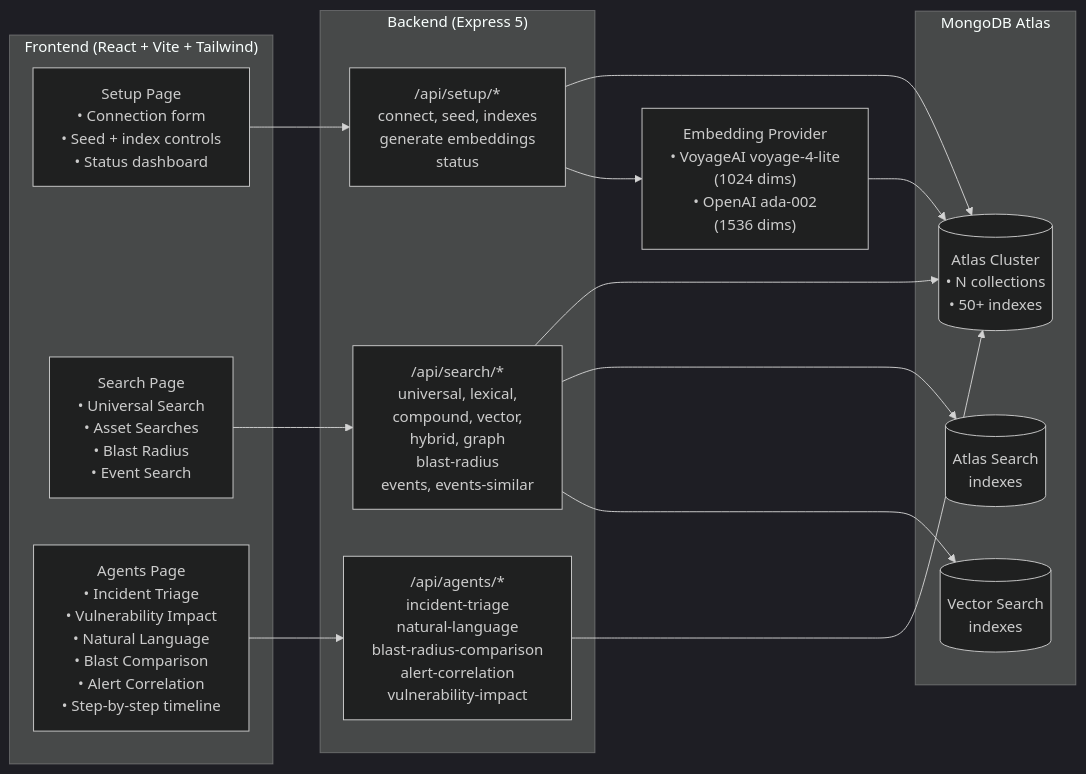
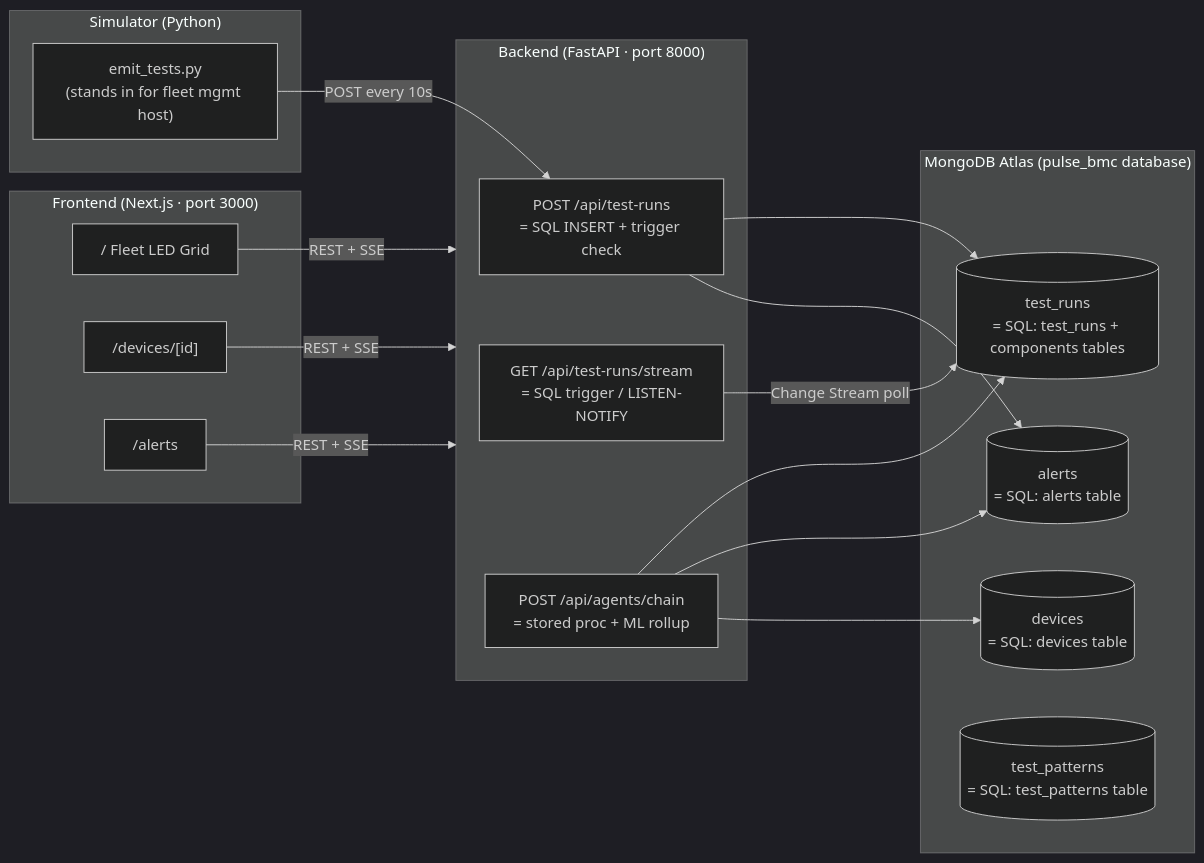
Before and after one commit to MongoPete/PulseBMC: the diagram in .cursor/rules/architecture.md, drawn with Mermaid (dark theme). The commit also changed other lines of this file and 74 other files, not shown here.

First line of the commit message:
feat: add PulseBMC full-stack demo — fleet monitoring with MongoDB Atlas

````diff
--- a/.cursor/rules/architecture.md
+++ b/.cursor/rules/architecture.md
@@ -39,29 +41,31 @@
 ```mermaid
 flowchart LR
-    subgraph client ["Frontend (React + Vite + Tailwind)"]
-        SetupPage["Setup Page\n• Connection form\n• Seed + index controls\n• Status dashboard"]
-        SearchPage["Search Page\n• Universal Search\n• Asset Searches\n• Blast Radius\n• Event Search"]
-        AgentsPage["Agents Page\n• Incident Triage\n• Vulnerability Impact\n• Natural Language\n• Blast Comparison\n• Alert Correlation\n• Step-by-step timeline"]
+    subgraph sim ["Simulator (Python)"]
+        emitter["emit_tests.py\n(stands in for fleet mgmt host)"]
     end
 
-    subgraph api ["Backend (Express 5)"]
-        SetupAPI["/api/setup/*\nconnect, seed, indexes\ngenerate embeddings\nstatus"]
-        SearchAPI["/api/search/*\nuniversal, lexical,\ncompound, vector,\nhybrid, graph\nblast-radius\nevents, events-similar"]
-        AgentsAPI["/api/agents/*\nincident-triage\nnatural-language\nblast-radius-comparison\nalert-correlation\nvulnerability-impact"]
+    subgraph be ["Backend (FastAPI · port 8000)"]
+        ingest["POST /api/test-runs\n= SQL INSERT + trigger check"]
+        sse["GET /api/test-runs/stream\n= SQL trigger / LISTEN-NOTIFY"]
+        agentAPI["POST /api/agents/chain\n= stored proc + ML rollup"]
     end
 
-    subgraph atlas ["MongoDB Atlas"]
-        Cluster[("Atlas Cluster\n• N collections\n• 50+ indexes")]
-        SearchIdx[("Atlas Search\nindexes")]
-        VectorIdx[("Vector Search\nindexes")]
+    subgraph atlas ["MongoDB Atlas (pulse_bmc database)"]
+        devices[("devices\n= SQL: devices table")]
+        test_runs[("test_runs\n= SQL: test_runs + components tables")]
+        alerts[("alerts\n= SQL: alerts table")]
+        patterns[("test_patterns\n= SQL: test_patterns table")]
     end
 
-    EmbedProvider["Embedding Provider\n• VoyageAI voyage-4-lite\n  (1024 dims)\n• OpenAI ada-002\n  (1536 dims)"]
+    subgraph fe ["Frontend (Next.js · port 3000)"]
+        fleet["/ Fleet LED Grid"]
+        detail["/devices/[id]"]
+        alertsPage["/alerts"]
+    end
 
-    SetupPage --> SetupAPI
-    SearchPage --> SearchAPI
-    AgentsPage --> AgentsAPI
-    SetupAPI & SearchAPI & AgentsAPI --> Cluster
-    SearchAPI --> SearchIdx & VectorIdx
-    SetupAPI --> EmbedProvider --> Cluster
+    emitter -->|"POST every 10s"| ingest
+    ingest --> test_runs & alerts
+    sse -->|"Change Stream poll"| test_runs
+    agentAPI --> test_runs & alerts & devices
+    fleet & detail & alertsPage -->|"REST + SSE"| be
 ```
````
